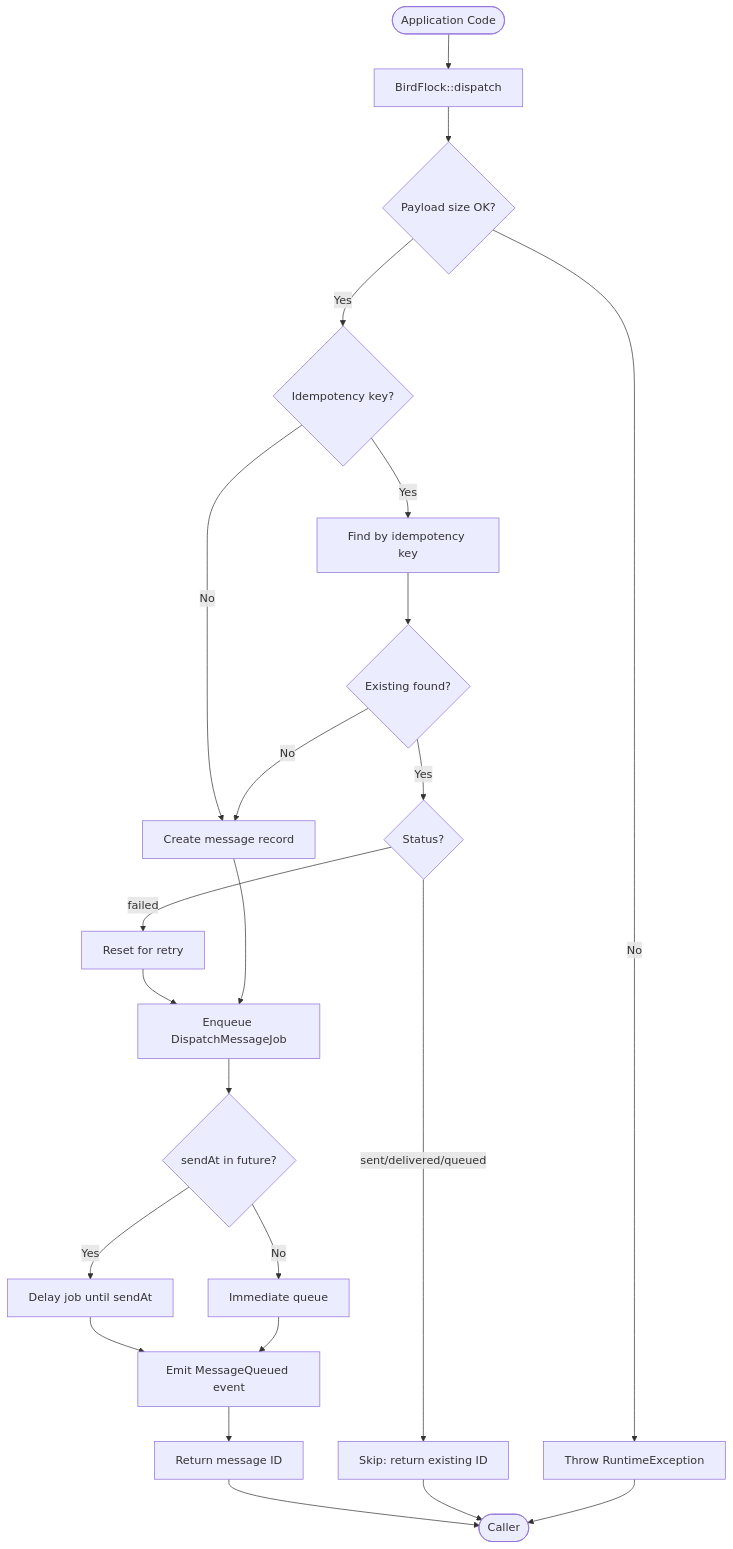
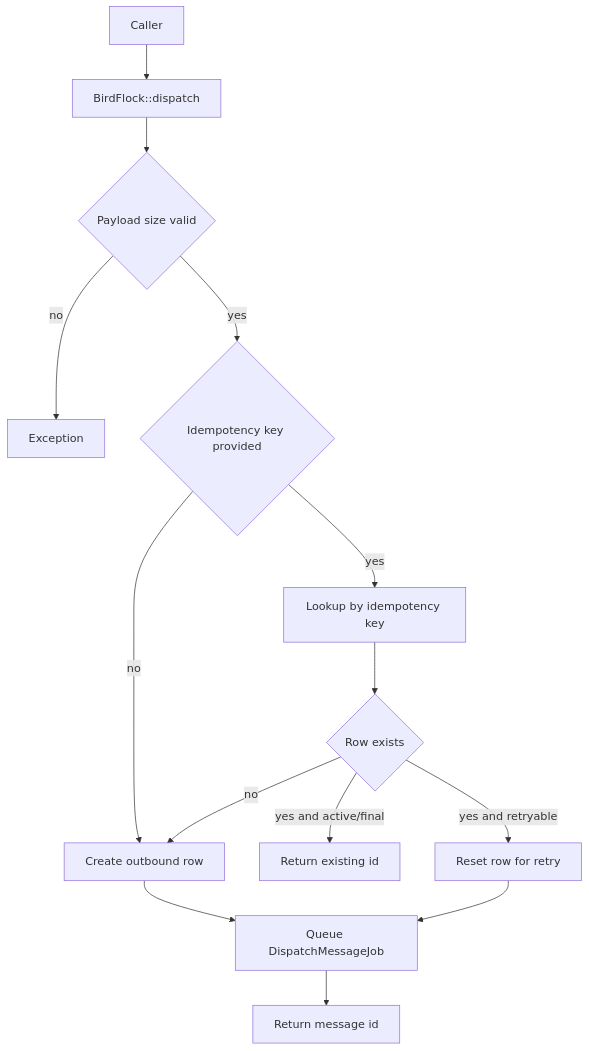
One commit to EquidnaMX/bird-flock changed the first of 3 diagrams in doc/business-logic-and-core-processes.md. Above: the diagram before and after it, drawn with Mermaid. The commit also changed other lines of this file and 16 other files, not shown here.

````diff
--- a/doc/business-logic-and-core-processes.md
+++ b/doc/business-logic-and-core-processes.md
@@ -130,25 +29,16 @@
 ```mermaid
 flowchart TD
-    Start([Application Code]) --> Dispatch[BirdFlock::dispatch]
-    Dispatch --> ValidatePayload{Payload size OK?}
-    ValidatePayload -->|No| Error[Throw RuntimeException]
-    ValidatePayload -->|Yes| CheckIdempotency{Idempotency key?}
-    CheckIdempotency -->|No| CreateMessage[Create message record]
-    CheckIdempotency -->|Yes| FindExisting[Find by idempotency key]
-    FindExisting --> ExistingFound{Existing found?}
-    ExistingFound -->|No| CreateMessage
-    ExistingFound -->|Yes| CheckStatus{Status?}
-    CheckStatus -->|sent/delivered/queued| SkipDuplicate[Skip: return existing ID]
-    CheckStatus -->|failed| ResetForRetry[Reset for retry]
-    ResetForRetry --> EnqueueJob[Enqueue DispatchMessageJob]
-    CreateMessage --> EnqueueJob
-    EnqueueJob --> Scheduled{sendAt in future?}
-    Scheduled -->|Yes| DelayJob[Delay job until sendAt]
-    Scheduled -->|No| ImmediateQueue[Immediate queue]
-    DelayJob --> EmitEvent[Emit MessageQueued event]
-    ImmediateQueue --> EmitEvent
-    EmitEvent --> ReturnID[Return message ID]
-    ReturnID --> End([Caller])
-    SkipDuplicate --> End
-    Error --> End
+  A[Caller] --> B[BirdFlock::dispatch]
+  B --> C{Payload size valid}
+  C -- no --> X[Exception]
+  C -- yes --> D{Idempotency key provided}
+  D -- no --> E[Create outbound row]
+  D -- yes --> F[Lookup by idempotency key]
+  F --> G{Row exists}
+  G -- no --> E
+  G -- yes and active/final --> H[Return existing id]
+  G -- yes and retryable --> I[Reset row for retry]
+  E --> J[Queue DispatchMessageJob]
+  I --> J
+  J --> K[Return message id]
 ```
````
